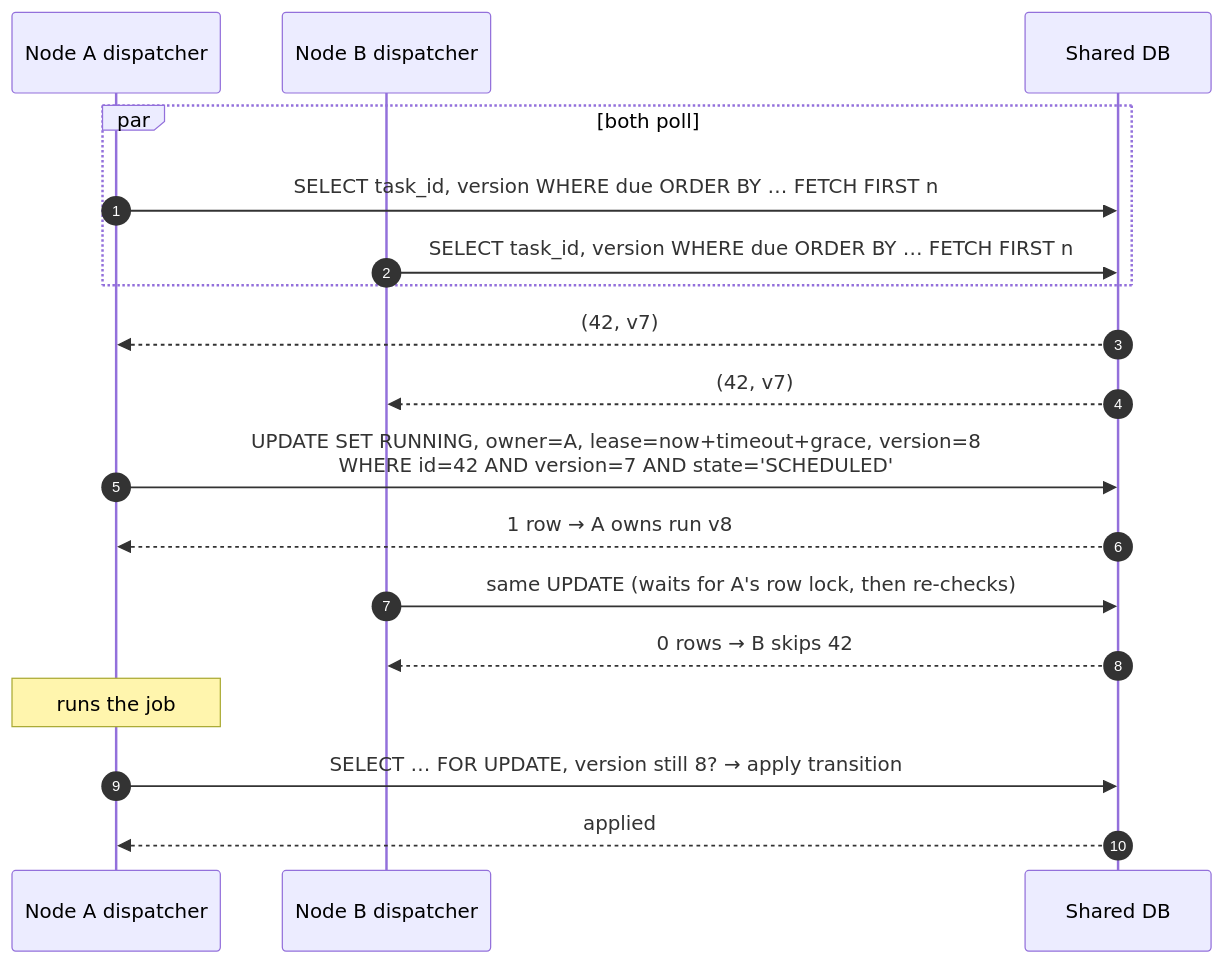
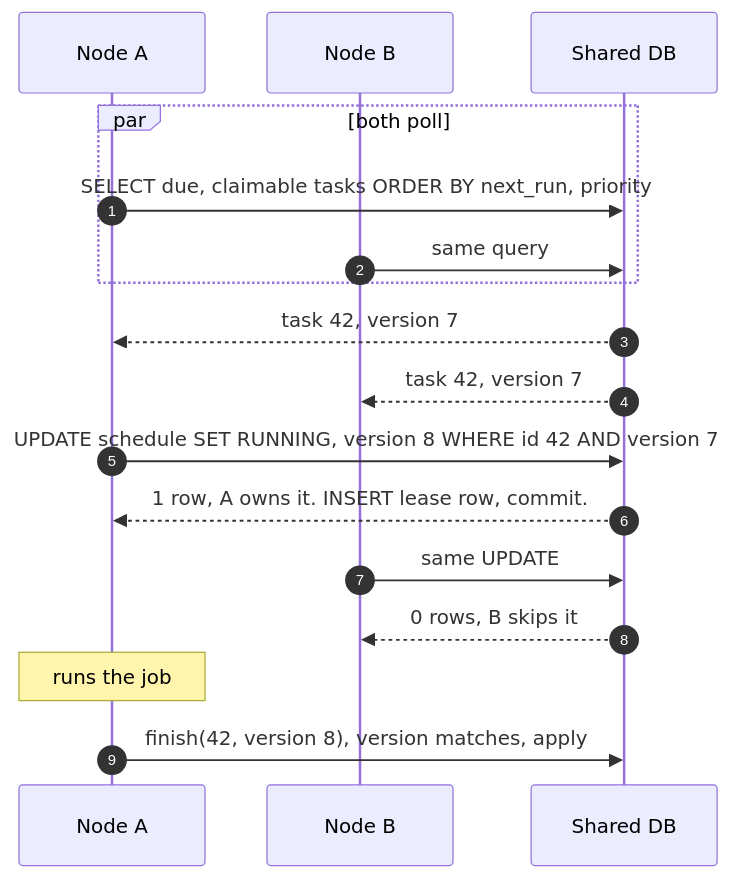
The seventh of 9 diagrams in scheduler/README.md (deyindra/System_Design), drawn with Mermaid before and after one commit. The commit also changed other lines of this file and 4 other files, not shown here.

````diff
--- a/scheduler/README.md
+++ b/scheduler/README.md
@@ -651,21 +474,20 @@
 ```mermaid
 sequenceDiagram
     autonumber
-    participant A as Node A dispatcher
-    participant B as Node B dispatcher
+    participant A as Node A
+    participant B as Node B
     participant DB as Shared DB
 
     par both poll
-        A->>DB: SELECT task_id, version WHERE due ORDER BY … FETCH FIRST n
-        B->>DB: SELECT task_id, version WHERE due ORDER BY … FETCH FIRST n
+        A->>DB: SELECT due, claimable tasks ORDER BY next_run, priority
+        B->>DB: same query
     end
-    DB-->>A: (42, v7)
-    DB-->>B: (42, v7)
-    A->>DB: UPDATE SET RUNNING, owner=A, lease=now+timeout+grace, version=8<br/>WHERE id=42 AND version=7 AND state='SCHEDULED'
-    DB-->>A: 1 row → A owns run v8
-    B->>DB: same UPDATE (waits for A's row lock, then re-checks)
-    DB-->>B: 0 rows → B skips 42
+    DB-->>A: task 42, version 7
+    DB-->>B: task 42, version 7
+    A->>DB: UPDATE schedule SET RUNNING, version 8 WHERE id 42 AND version 7
+    DB-->>A: 1 row, A owns it. INSERT lease row, commit.
+    B->>DB: same UPDATE
+    DB-->>B: 0 rows, B skips it
     Note over A: runs the job
-    A->>DB: SELECT … FOR UPDATE, version still 8? → apply transition
-    DB-->>A: applied
+    A->>DB: finish(42, version 8), version matches, apply
 ```
````
